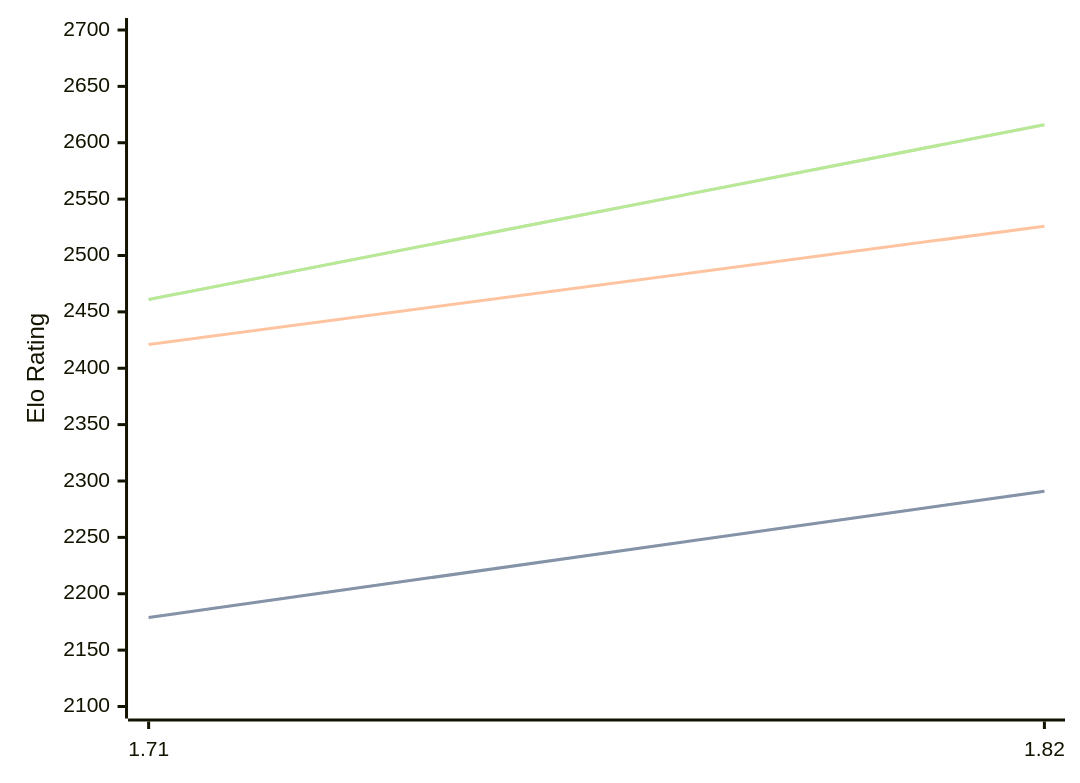
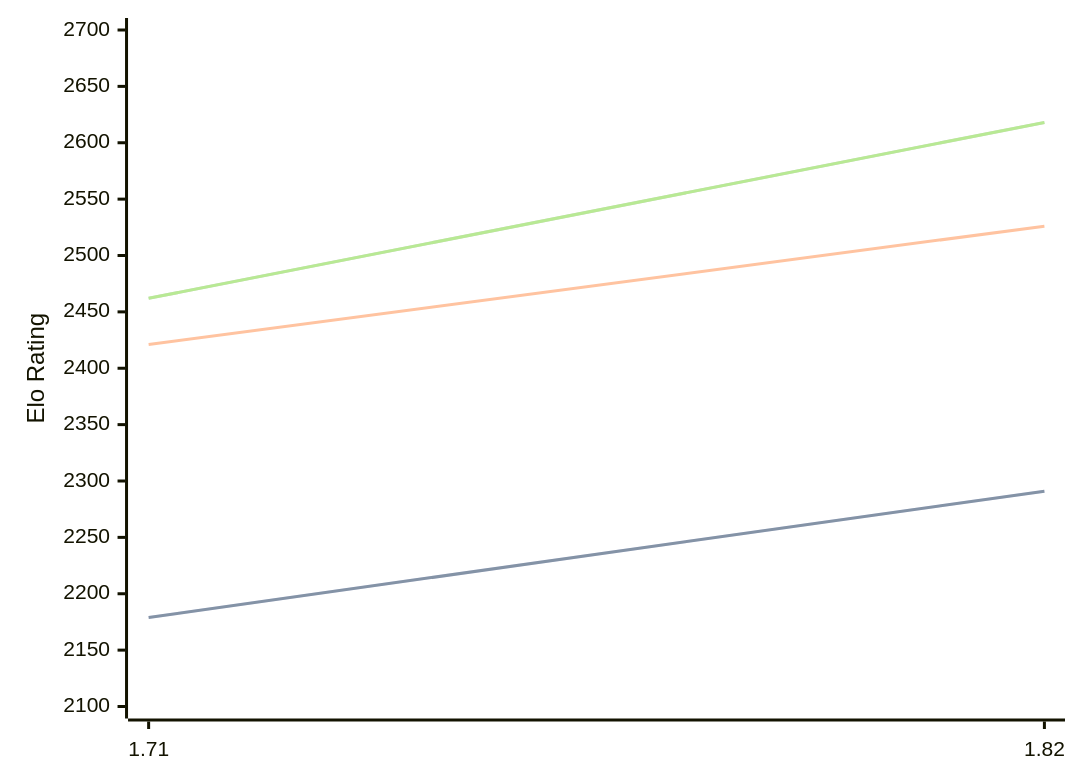
Before and after one commit to computer-chess-index/cci: the third of 3 diagrams in engines/Amira.md, drawn with Mermaid. The commit also changed other lines of this file, not shown here.

Commit message:
Update CCI Ratings (ELO VLTC) - 2026-06-23

````diff
--- a/engines/Amira.md
+++ b/engines/Amira.md
@@ -68,11 +68,11 @@
 ```mermaid
 %%{init: {"theme":"base","themeVariables":{"seriesColors:['#a3a3a3','#222221','#faa371']}}}%%
 xychart-beta
   x-axis ["1.71", "1.82"]
   y-axis "Elo Rating" 2100 --> 2700
   line "STC (8.0+0.08s)" [2179, 2291]
   line "STC (8.0+0.08s)" [2179, 2291]
   line "LTC (60.0+0.60s)" [2421, 2526]
-  line "VLTC (2m24s+1.12s)" [2461, 2616]
-  line "VLTC (2m24s+1.12s)" [2461, 2616]
+  line "VLTC (2m24s+1.12s)" [2462, 2618]
+  line "VLTC (2m24s+1.12s)" [2462, 2618]
 ```
````
